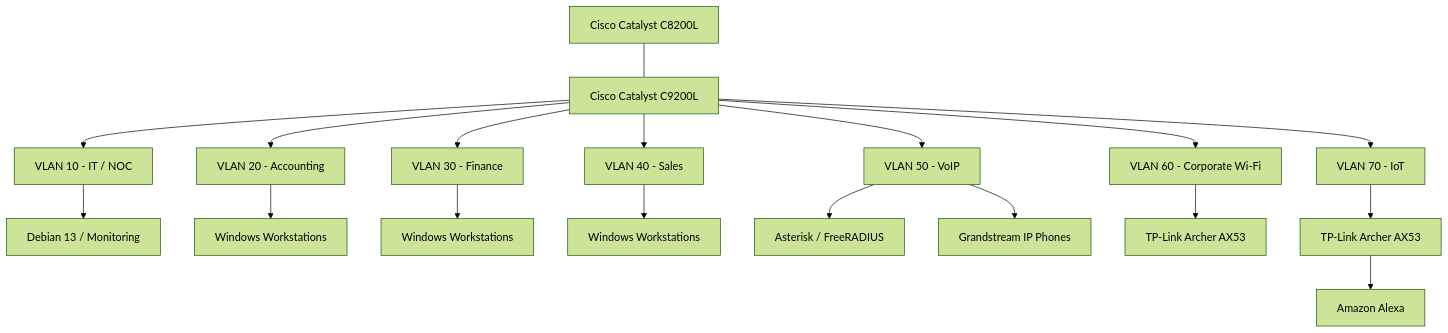
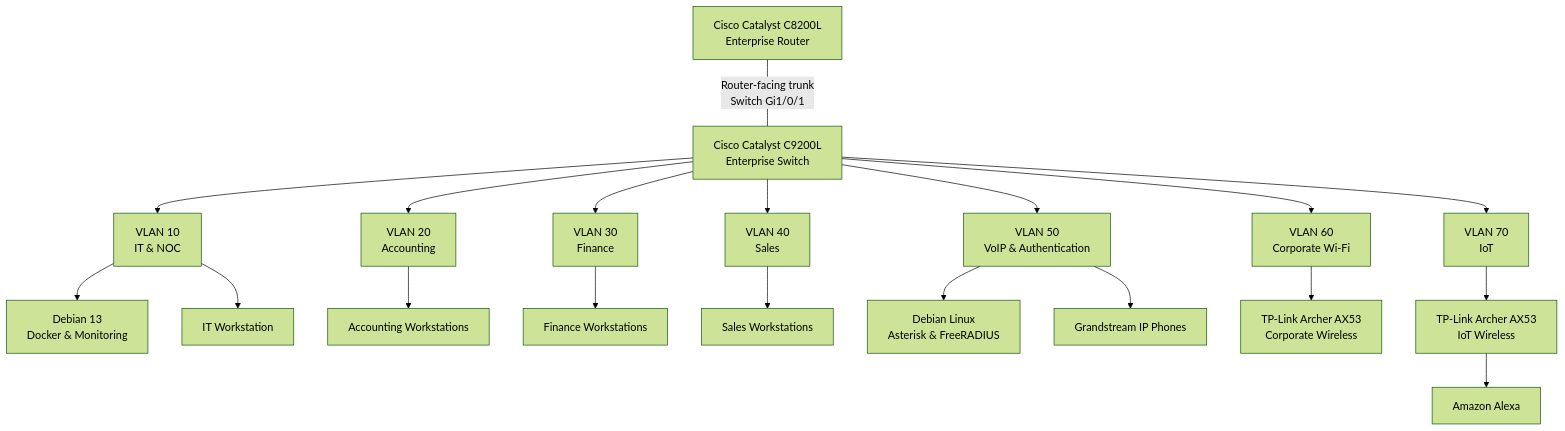
Before and after one commit to kayo-willian/enterprise-noc-from-scratch: the first of 2 diagrams in docs/networking/consolidated-logical-topology.md, drawn with Mermaid (forest theme). The commit also changed other lines of this file, not shown here.

````diff
--- a/docs/networking/consolidated-logical-topology.md
+++ b/docs/networking/consolidated-logical-topology.md
@@ -25,27 +37,30 @@
 ```mermaid
 flowchart TB
-    R["Cisco Catalyst C8200L"]
-    S["Cisco Catalyst C9200L"]
+    R["Cisco Catalyst C8200L<br/>Enterprise Router"]
+    SW["Cisco Catalyst C9200L<br/>Enterprise Switch"]
 
-    R --- S
+    R ---|"Router-facing trunk<br/>Switch Gi1/0/1"| SW
 
-    S --> V10["VLAN 10 - IT / NOC"]
-    S --> V20["VLAN 20 - Accounting"]
-    S --> V30["VLAN 30 - Finance"]
-    S --> V40["VLAN 40 - Sales"]
-    S --> V50["VLAN 50 - VoIP"]
-    S --> V60["VLAN 60 - Corporate Wi-Fi"]
-    S --> V70["VLAN 70 - IoT"]
+    SW --> V10["VLAN 10<br/>IT & NOC"]
+    SW --> V20["VLAN 20<br/>Accounting"]
+    SW --> V30["VLAN 30<br/>Finance"]
+    SW --> V40["VLAN 40<br/>Sales"]
+    SW --> V50["VLAN 50<br/>VoIP & Authentication"]
+    SW --> V60["VLAN 60<br/>Corporate Wi-Fi"]
+    SW --> V70["VLAN 70<br/>IoT"]
 
-    V10 --> NOC["Debian 13 / Monitoring"]
-    V20 --> ACC["Windows Workstations"]
-    V30 --> FIN["Windows Workstations"]
-    V40 --> SALES["Windows Workstations"]
+    V10 --> NOC["Debian 13<br/>Docker & Monitoring"]
+    V10 --> IT["IT Workstation"]
 
-    V50 --> PBX["Asterisk / FreeRADIUS"]
-    V50 --> PHONE["Grandstream IP Phones"]
+    V20 --> ACC["Accounting Workstations"]
+    V30 --> FIN["Finance Workstations"]
+    V40 --> SALES["Sales Workstations"]
 
-    V60 --> AP60["TP-Link Archer AX53"]
-    V70 --> AP70["TP-Link Archer AX53"]
-    AP70 --> ALEXA["Amazon Alexa"]
+    V50 --> PBX["Debian Linux<br/>Asterisk & FreeRADIUS"]
+    V50 --> PHONES["Grandstream IP Phones"]
+
+    V60 --> WIFI["TP-Link Archer AX53<br/>Corporate Wireless"]
+
+    V70 --> IOT["TP-Link Archer AX53<br/>IoT Wireless"]
+    IOT --> ALEXA["Amazon Alexa"]
 ```
````
